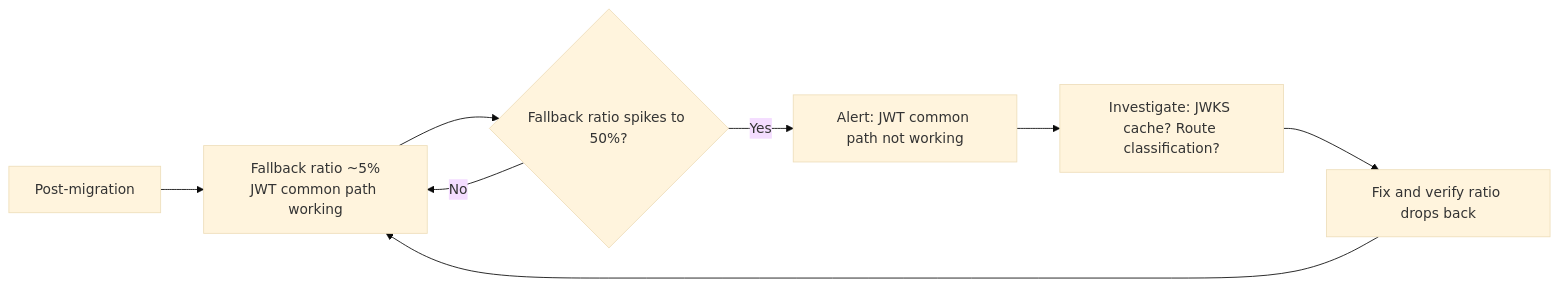
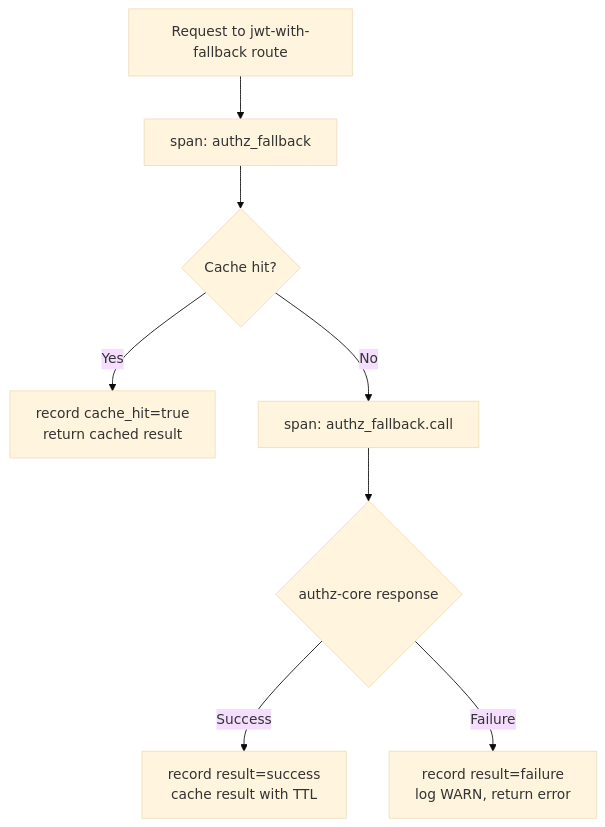
The second of 2 diagrams in docs/Epics/09-observability/stories/story-9.3.md (microscaler/sesame-idam), drawn with Mermaid (base theme) before and after one commit. The commit also changed other lines of this file, not shown here.

Commit message:
docs(observability): rewrite Story 9.3 to OTEL spans for authz fallback — no snowflake counters

````diff
--- a/docs/Epics/09-observability/stories/story-9.3.md
+++ b/docs/Epics/09-observability/stories/story-9.3.md
@@ -155,11 +146,10 @@
 ```mermaid
-graph LR
-    A[Post-migration] --> B[Fallback ratio ~5%<br/>JWT common path working]
-    B --> C{Fallback ratio spikes to 50%?}
-    C -->|Yes| D[Alert: JWT common path not working]
-    C -->|No| B
-    
-    D --> E[Investigate: JWKS cache? Route classification?]
-    E --> F[Fix and verify ratio drops back]
-    F --> B
+flowchart TD
+    A[Request to jwt-with-fallback route] --> B[span: authz_fallback]
+    B --> C{Cache hit?}
+    C -->|Yes| D[record cache_hit=true<br/>return cached result]
+    C -->|No| E[span: authz_fallback.call]
+    E --> F{authz-core response}
+    F -->|Success| G[record result=success<br/>cache result with TTL]
+    F -->|Failure| H[record result=failure<br/>log WARN, return error]
 ```
````
